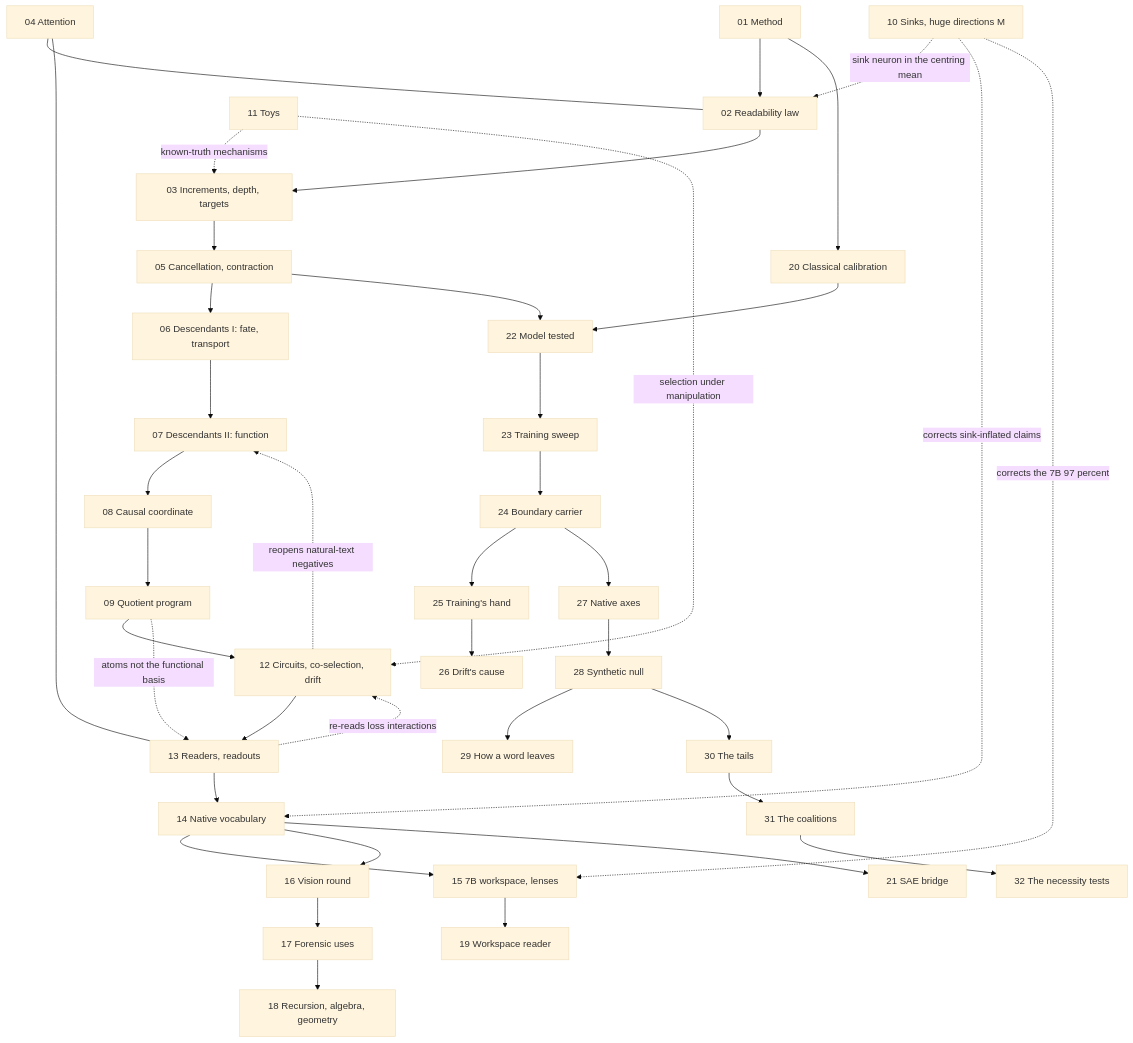
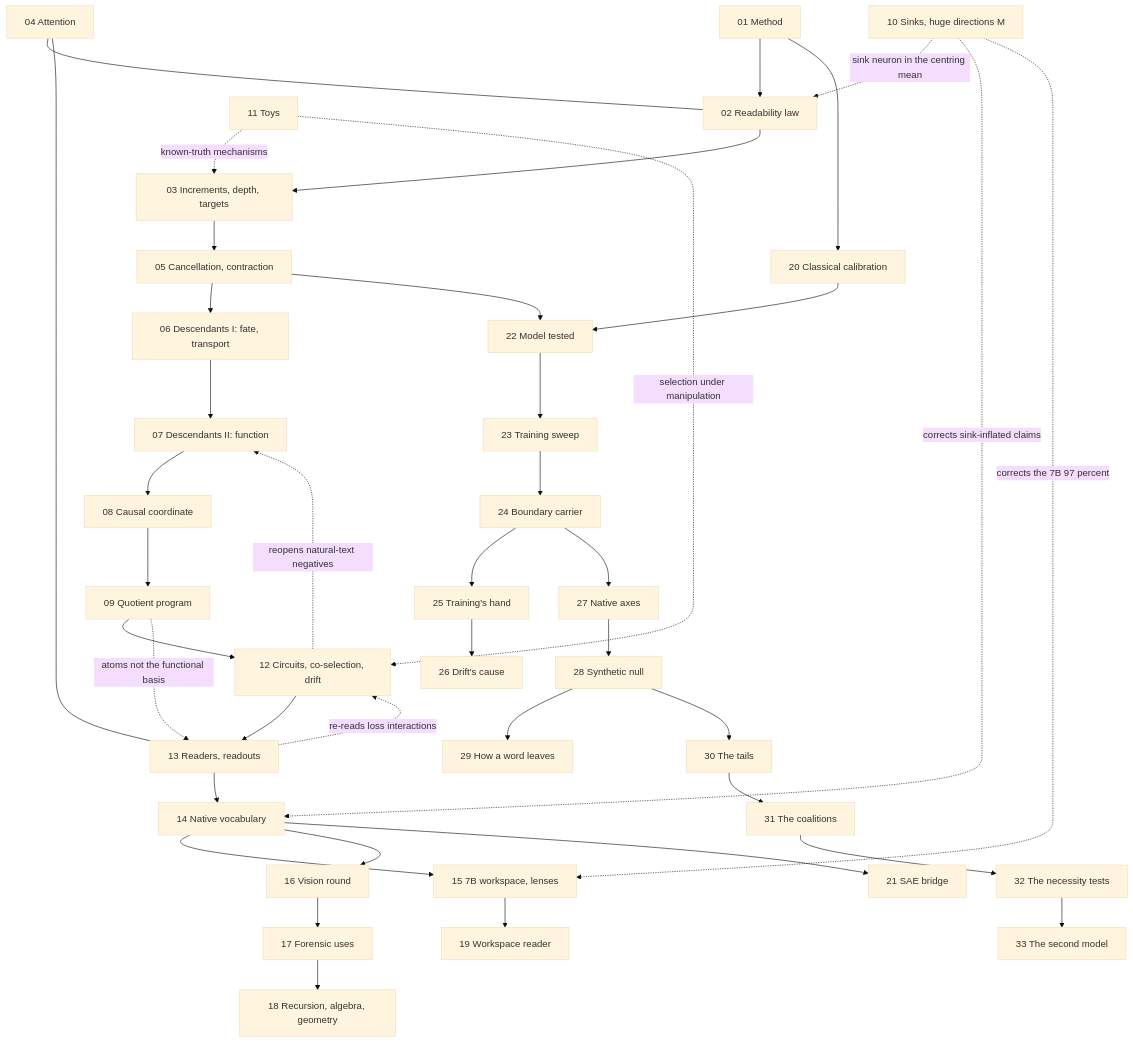
Before and after one commit to sunmoonron/wdd-descendants: the diagram in README.md, drawn with Mermaid (base theme). The commit also changed other lines of this file and 21 other files, not shown here.

First line of the commit message:
Phase 3bk: the second model, OLMo-1B (e550-e553; session 99, atlas area 33)

````diff
--- a/README.md
+++ b/README.md
@@ -52,42 +53,43 @@
 ```mermaid
 flowchart TD
   A01["01 Method"] --> A02["02 Readability law"]
   A02 --> A03["03 Increments, depth, targets"]
   A03 --> A05["05 Cancellation, contraction"]
   A05 --> A06["06 Descendants I: fate, transport"]
   A06 --> A07["07 Descendants II: function"]
   A07 --> A08["08 Causal coordinate"]
   A08 --> A09["09 Quotient program"]
   A09 --> A12["12 Circuits, co-selection, drift"]
   A12 --> A13["13 Readers, readouts"]
   A13 --> A14["14 Native vocabulary"]
   A14 --> A15["15 7B workspace, lenses"]
   A14 --> A16["16 Vision round"]
   A16 --> A17["17 Forensic uses"]
   A17 --> A18["18 Recursion, algebra, geometry"]
   A15 --> A19["19 Workspace reader"]
   A01 --> A20["20 Classical calibration"]
   A14 --> A21["21 SAE bridge"]
   A20 --> A22["22 Model tested"]
   A22 --> A23["23 Training sweep"]
   A23 --> A24["24 Boundary carrier"]
   A24 --> A25["25 Training's hand"]
   A25 --> A26["26 Drift's cause"]
   A24 --> A27["27 Native axes"]
   A27 --> A28["28 Synthetic null"]
   A28 --> A29["29 How a word leaves"]
   A28 --> A30["30 The tails"]
   A30 --> A31["31 The coalitions"]
   A31 --> A32["32 The necessity tests"]
+  A32 --> A33["33 The second model"]
   A05 --> A22
   A04["04 Attention"] --- A02
   A04 --- A13
   A10["10 Sinks, huge directions M"] -.->|sink neuron in the centring mean| A02
   A10 -.->|corrects sink-inflated claims| A14
   A10 -.->|corrects the 7B 97 percent| A15
   A11["11 Toys"] -.->|known-truth mechanisms| A03
   A11 -.->|selection under manipulation| A12
   A12 -.->|reopens natural-text negatives| A07
   A13 -.->|re-reads loss interactions| A12
   A09 -.->|atoms not the functional basis| A13
 ```
````
